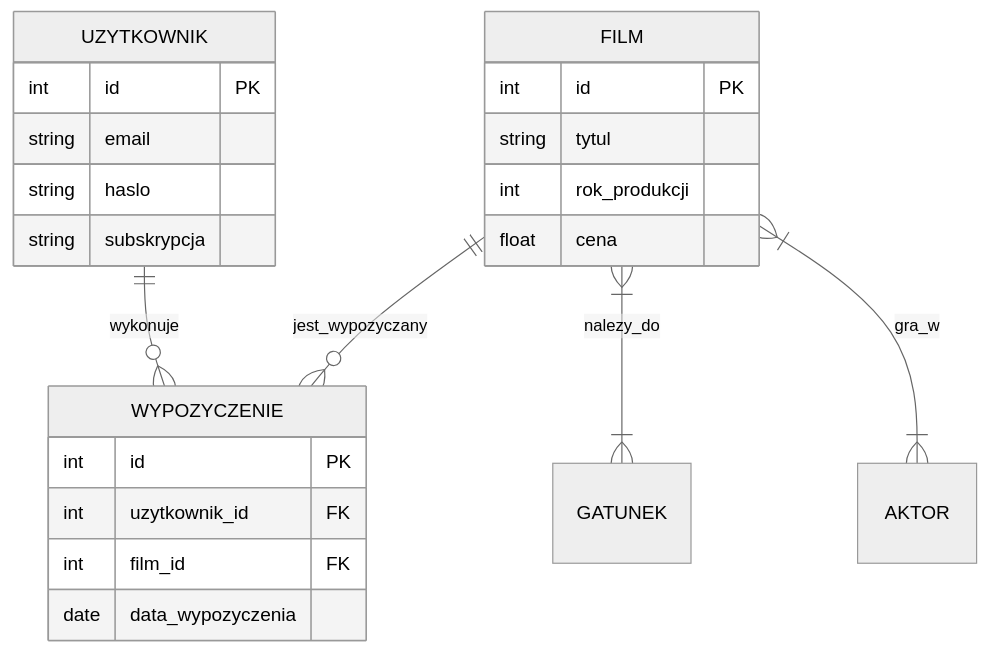
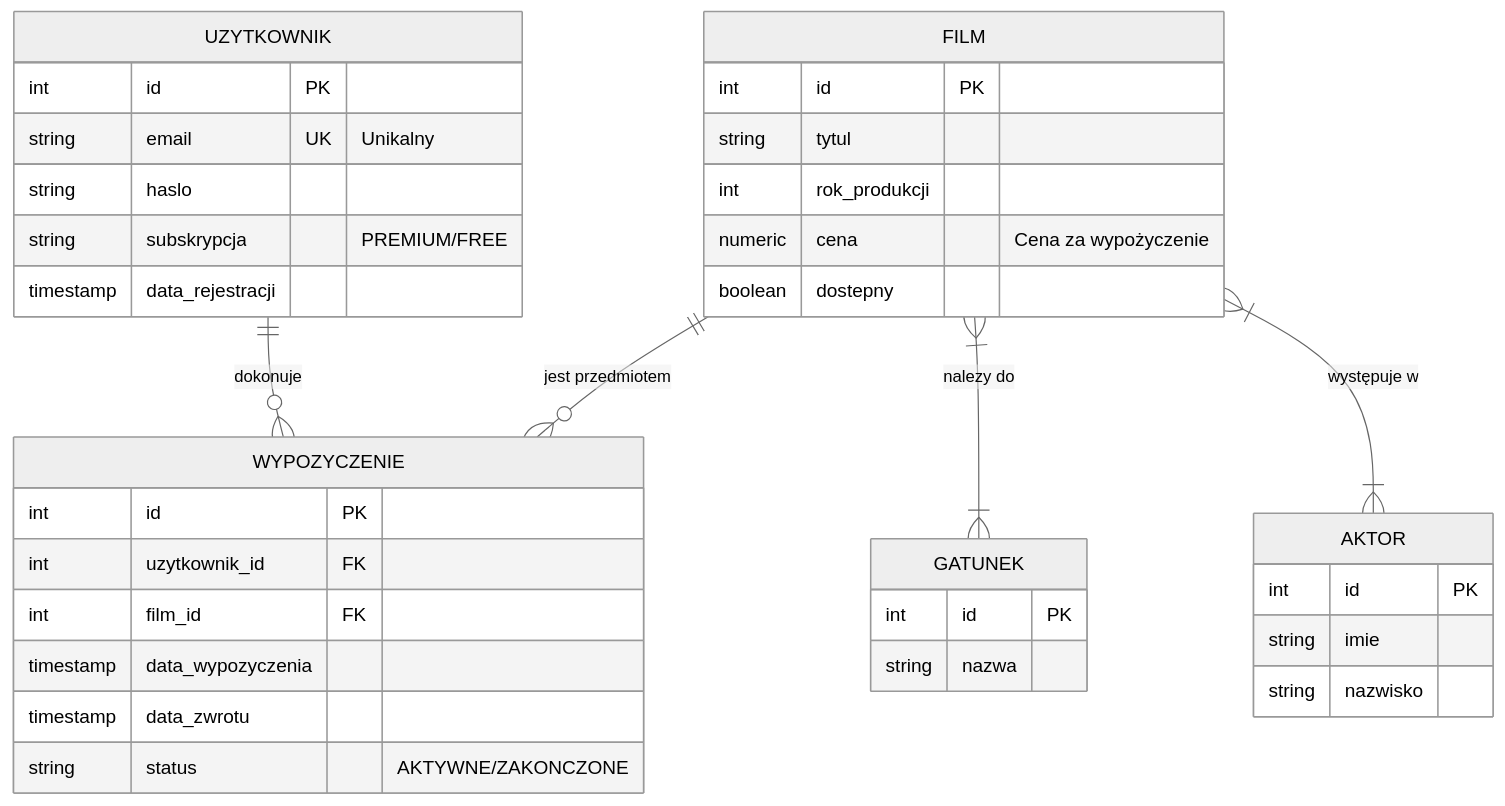
Before and after one commit to zacniewski/materials-about-databases: the first of 2 diagrams in project/step1_design.md, drawn with Mermaid (neutral theme). The commit also changed other lines of this file and 6 other files, not shown here.

````diff
--- a/project/step1_design.md
+++ b/project/step1_design.md
@@ -11,25 +33,43 @@
 ```mermaid
 erDiagram
-    UZYTKOWNIK ||--o{ WYPOZYCZENIE : wykonuje
-    FILM ||--o{ WYPOZYCZENIE : jest_wypozyczany
-    FILM }|--|{ GATUNEK : nalezy_do
-    FILM }|--|{ AKTOR : gra_w
+    UZYTKOWNIK ||--o{ WYPOZYCZENIE : "dokonuje"
+    FILM ||--o{ WYPOZYCZENIE : "jest przedmiotem"
+    FILM }|--|{ GATUNEK : "nalezy do"
+    FILM }|--|{ AKTOR : "występuje w"
+    
     UZYTKOWNIK {
         int id PK
-        string email
+        string email UK "Unikalny"
         string haslo
-        string subskrypcja
+        string subskrypcja "PREMIUM/FREE"
+        timestamp data_rejestracji
     }
+    
     FILM {
         int id PK
         string tytul
         int rok_produkcji
-        float cena
+        numeric cena "Cena za wypożyczenie"
+        boolean dostepny
     }
+    
     WYPOZYCZENIE {
         int id PK
         int uzytkownik_id FK
         int film_id FK
-        date data_wypozyczenia
+        timestamp data_wypozyczenia
+        timestamp data_zwrotu
+        string status "AKTYWNE/ZAKONCZONE"
+    }
+
+    GATUNEK {
+        int id PK
+        string nazwa
+    }
+
+    AKTOR {
+        int id PK
+        string imie
+        string nazwisko
     }
 ```
````
